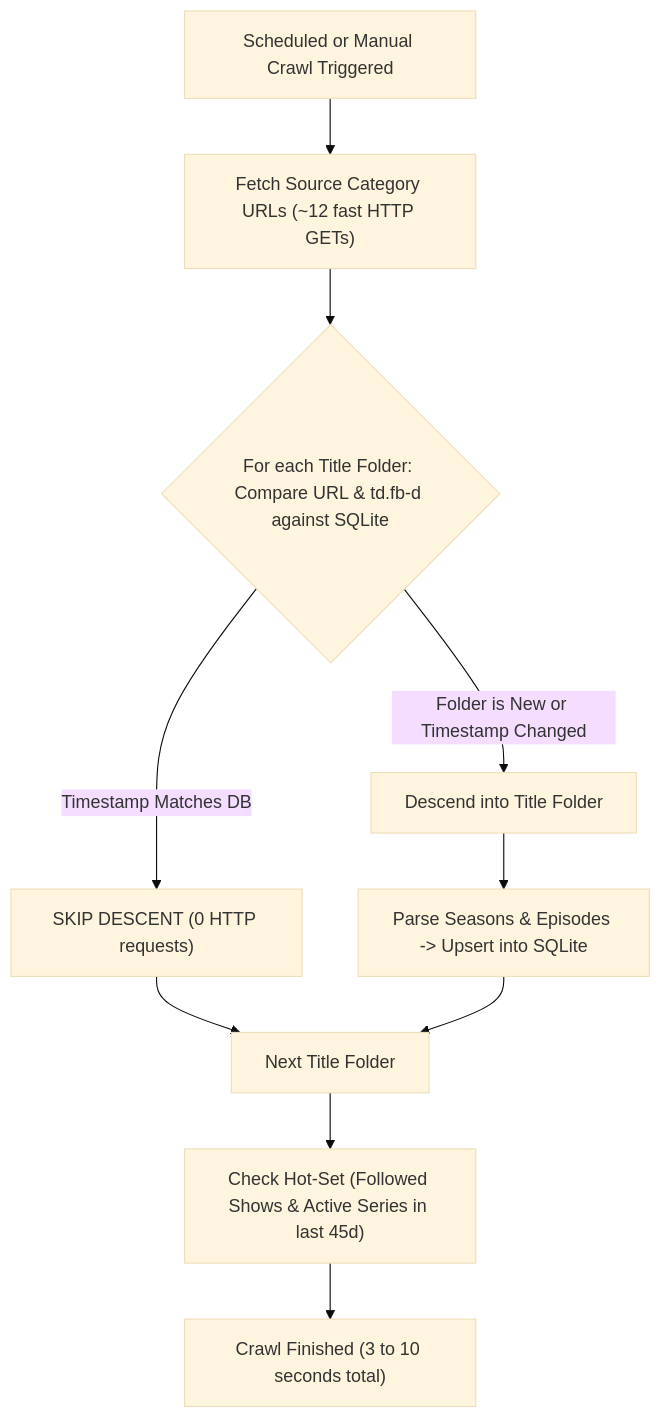
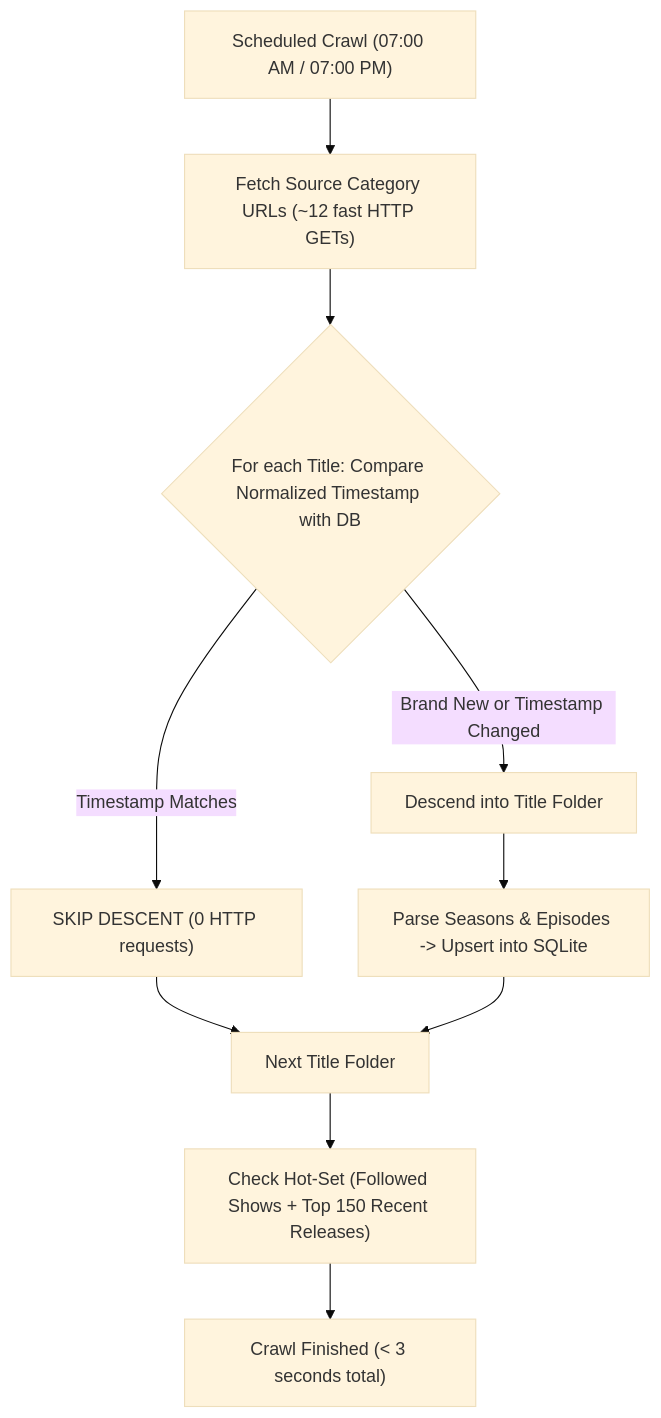
Before and after one commit to sadmanryanriad/ftp-lantern: the first of 2 diagrams in architecture.md, drawn with Mermaid (base theme). The commit also changed other lines of this file and 7 other files, not shown here.

Commit message:
fix(crawler): resolve SQLite mtime format mismatch causing recursive scans, remove watch history, and add twice-daily crawl rhythm

````diff
--- a/architecture.md
+++ b/architecture.md
@@ -134,12 +133,12 @@
 ```mermaid
 flowchart TD
-    Start["Scheduled or Manual Crawl Triggered"] --> FetchCat["Fetch Source Category URLs (~12 fast HTTP GETs)"]
-    FetchCat --> CheckTitle{"For each Title Folder: Compare URL & td.fb-d against SQLite"}
-    CheckTitle -- "Timestamp Matches DB" --> Skip["SKIP DESCENT (0 HTTP requests)"]
-    CheckTitle -- "Folder is New or Timestamp Changed" --> Descend["Descend into Title Folder"]
+    Start["Scheduled Crawl (07:00 AM / 07:00 PM)"] --> FetchCat["Fetch Source Category URLs (~12 fast HTTP GETs)"]
+    FetchCat --> CheckTitle{"For each Title: Compare Normalized Timestamp with DB"}
+    CheckTitle -- "Timestamp Matches" --> Skip["SKIP DESCENT (0 HTTP requests)"]
+    CheckTitle -- "Brand New or Timestamp Changed" --> Descend["Descend into Title Folder"]
     Descend --> ParseFiles["Parse Seasons & Episodes -> Upsert into SQLite"]
     Skip --> Next["Next Title Folder"]
     ParseFiles --> Next
-    Next --> HotSet["Check Hot-Set (Followed Shows & Active Series in last 45d)"]
-    HotSet --> Finish["Crawl Finished (3 to 10 seconds total)"]
+    Next --> HotSet["Check Hot-Set (Followed Shows + Top 150 Recent Releases)"]
+    HotSet --> Finish["Crawl Finished (< 3 seconds total)"]
 ```
````
